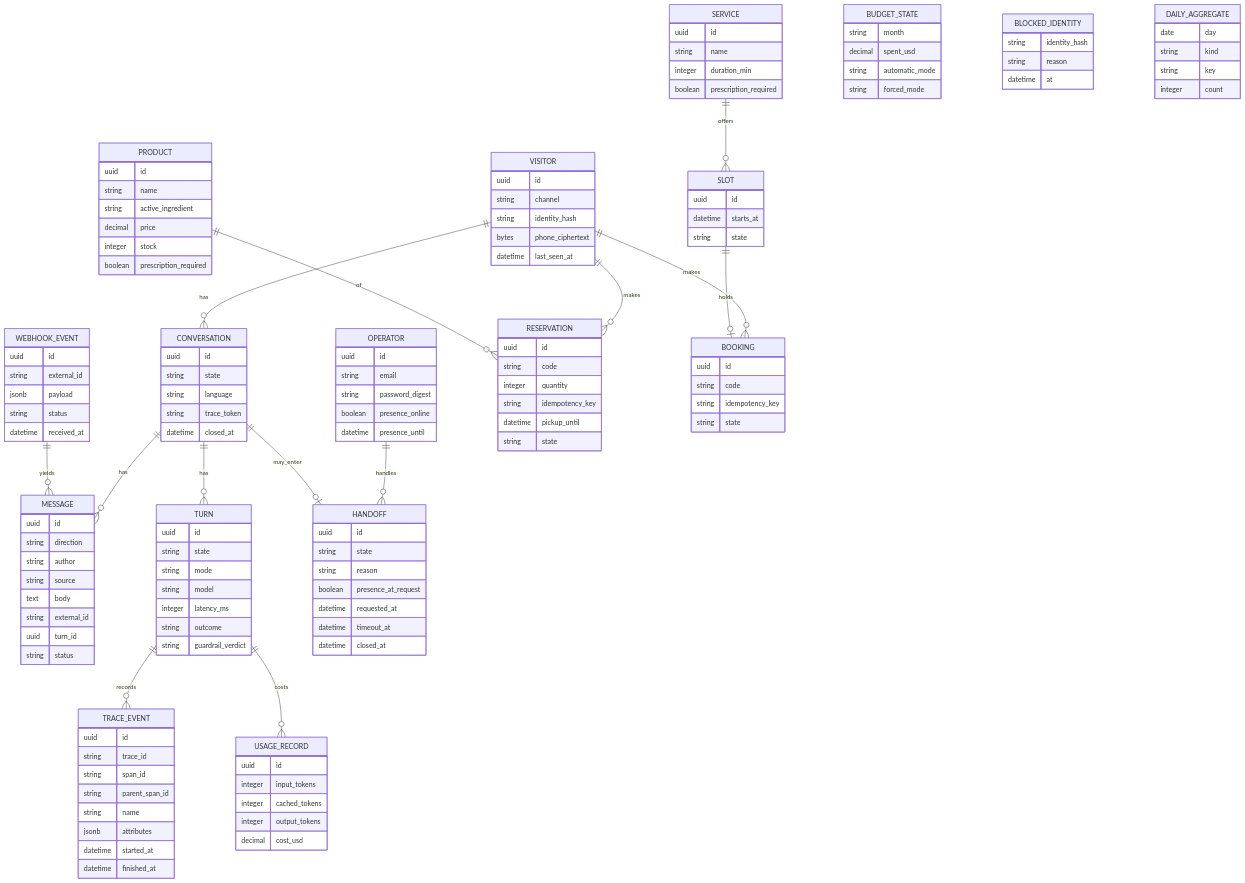
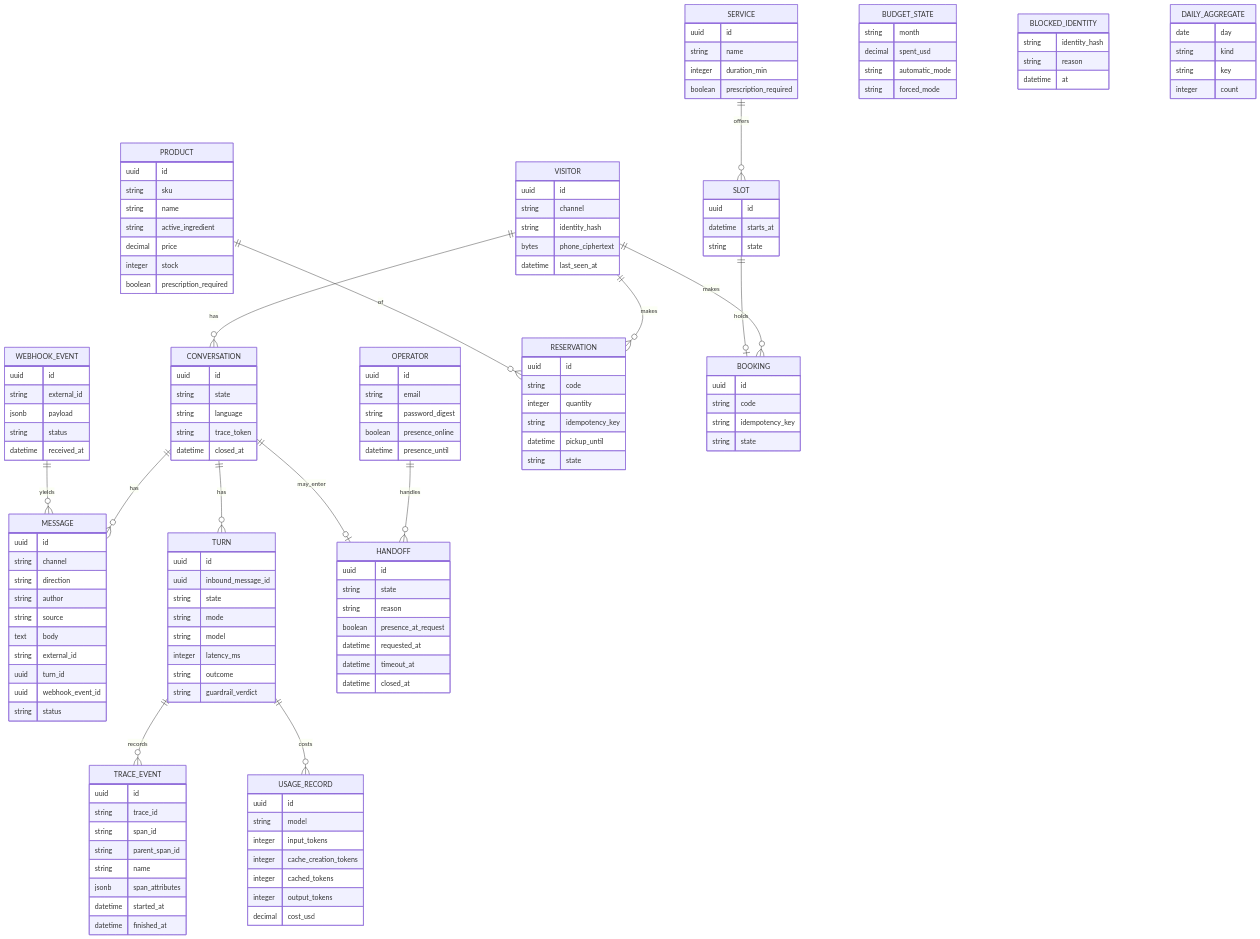
One commit to rafa-el-souza/balcao changed the third of 3 diagrams in docs/design.md. Above: the diagram before and after it, drawn with Mermaid. The commit also changed other lines of this file, not shown here.

First line of the commit message:
docs(design): the PR-04 schema in §6.5 and its §10 note

```diff
--- a/docs/design.md
+++ b/docs/design.md
@@ -875,16 +875,19 @@
   }
   MESSAGE {
     uuid id
+    string channel
     string direction
     string author
     string source
     text body
     string external_id
     uuid turn_id
+    uuid webhook_event_id
     string status
   }
   TURN {
     uuid id
+    uuid inbound_message_id
     string state
     string mode
     string model
@@ -929,19 +932,22 @@
     string span_id
     string parent_span_id
     string name
-    jsonb attributes
+    jsonb span_attributes
     datetime started_at
     datetime finished_at
   }
   USAGE_RECORD {
     uuid id
+    string model
     integer input_tokens
+    integer cache_creation_tokens
     integer cached_tokens
     integer output_tokens
     decimal cost_usd
   }
   PRODUCT {
     uuid id
+    string sku
     string name
     string active_ingredient
     decimal price
```
